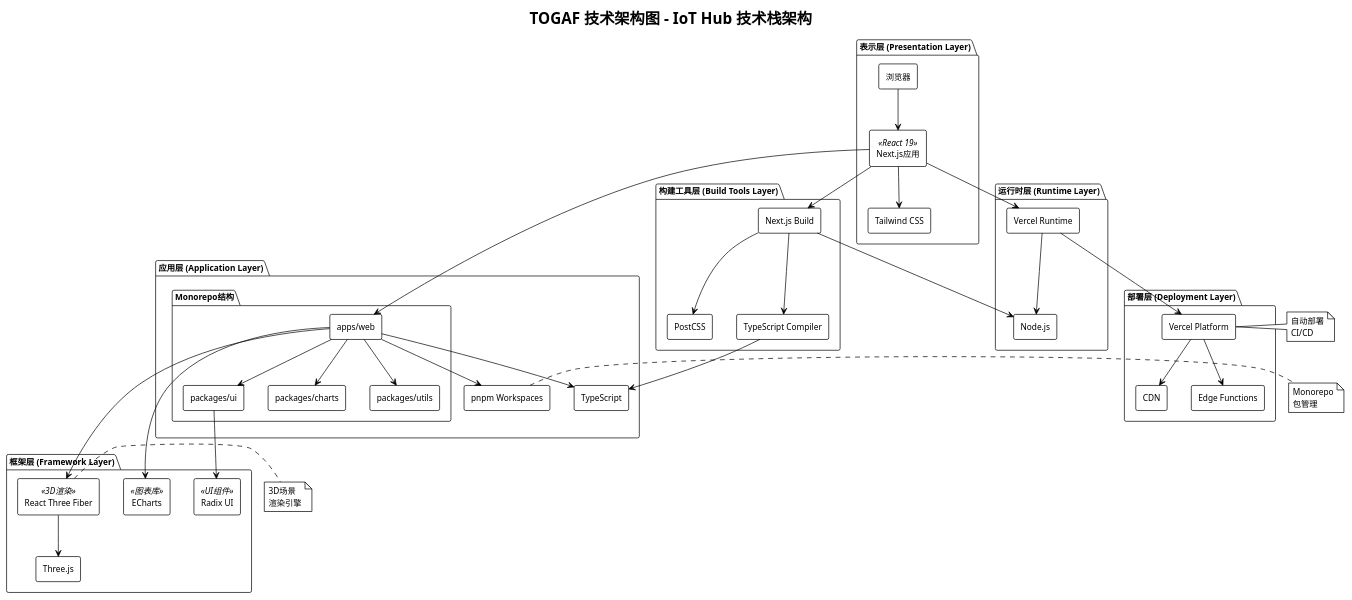
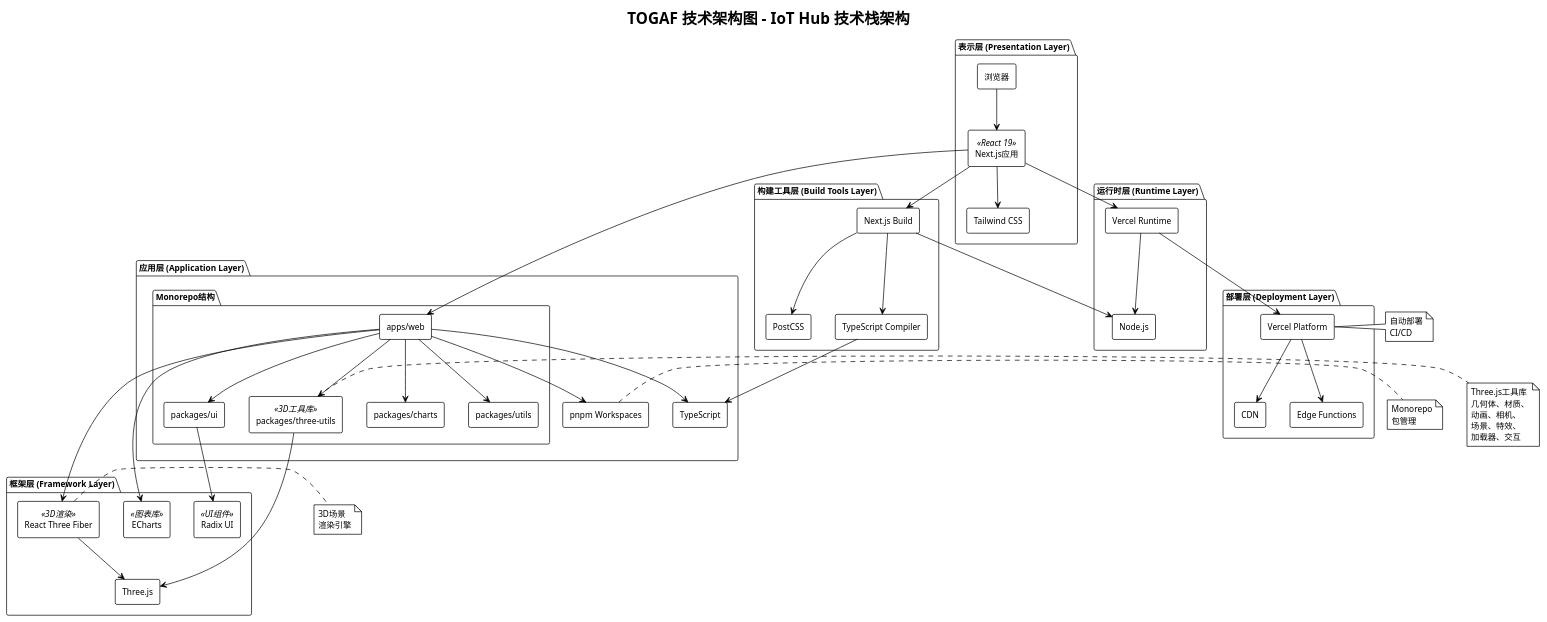
One commit to felixzhu97/IoT-project changed the diagram in docs/togaf/technology-architecture.puml. Above: the diagram before and after it, drawn with PlantUML. The commit also changed 4 other files, not shown here.

Commit message:
docs: Update README and architecture diagrams to include @iot/three-utils package and its functionalities, enhancing clarity on 3D tools integration

```diff
--- a/docs/togaf/technology-architecture.puml
+++ b/docs/togaf/technology-architecture.puml
@@ -1,100 +1,111 @@
 @startuml TOGAF_Technology_Architecture
 !theme plain
 skinparam componentStyle rectangle
 skinparam backgroundColor #FFFFFF
 skinparam defaultFontSize 12
 
 title TOGAF 技术架构图 - IoT Hub 技术栈架构
 
 package "表示层 (Presentation Layer)" {
   [浏览器] as Browser
   [Next.js应用] as NextJSApp <<React 19>>
   [Tailwind CSS] as TailwindCSS
 }
 
 package "应用层 (Application Layer)" {
   package "Monorepo结构" {
     [apps/web] as WebApp
     [packages/ui] as UIPackage
     [packages/charts] as ChartsPackage
     [packages/utils] as UtilsPackage
+    [packages/three-utils] as ThreeUtilsPackage <<3D工具库>>
   }
   
   [TypeScript] as TypeScript
   [pnpm Workspaces] as PnpmWorkspaces
 }
 
 package "框架层 (Framework Layer)" {
   [React Three Fiber] as ReactThreeFiber <<3D渲染>>
   [Three.js] as ThreeJS
   [ECharts] as ECharts <<图表库>>
   [Radix UI] as RadixUI <<UI组件>>
 }
 
 package "构建工具层 (Build Tools Layer)" {
   [Next.js Build] as NextJSBuild
   [PostCSS] as PostCSS
   [TypeScript Compiler] as TSCompiler
 }
 
 package "运行时层 (Runtime Layer)" {
   [Node.js] as NodeJS
   [Vercel Runtime] as VercelRuntime
 }
 
 package "部署层 (Deployment Layer)" {
   [Vercel Platform] as Vercel
   [CDN] as CDN
   [Edge Functions] as EdgeFunctions
 }
 
 ' 表示层关系
 Browser --> NextJSApp
 NextJSApp --> TailwindCSS
 
 ' 应用层关系
 NextJSApp --> WebApp
 WebApp --> UIPackage
 WebApp --> ChartsPackage
 WebApp --> UtilsPackage
+WebApp --> ThreeUtilsPackage
 WebApp --> TypeScript
 WebApp --> PnpmWorkspaces
 
 ' 框架层关系
 WebApp --> ReactThreeFiber
 ReactThreeFiber --> ThreeJS
+ThreeUtilsPackage --> ThreeJS
 WebApp --> ECharts
 UIPackage --> RadixUI
 
 ' 构建工具层关系
 NextJSApp --> NextJSBuild
 NextJSBuild --> PostCSS
 NextJSBuild --> TSCompiler
 TSCompiler --> TypeScript
 
 ' 运行时层关系
 NextJSBuild --> NodeJS
 NextJSApp --> VercelRuntime
 VercelRuntime --> NodeJS
 
 ' 部署层关系
 VercelRuntime --> Vercel
 Vercel --> CDN
 Vercel --> EdgeFunctions
 
 note right of PnpmWorkspaces
   Monorepo
   包管理
 end note
 
 note right of ReactThreeFiber
   3D场景
   渲染引擎
 end note
 
+note right of ThreeUtilsPackage
+  Three.js工具库
+  几何体、材质、
+  动画、相机、
+  场景、特效、
+  加载器、交互
+end note
+
 note right of Vercel
   自动部署
   CI/CD
 end note
 
 @enduml
```
